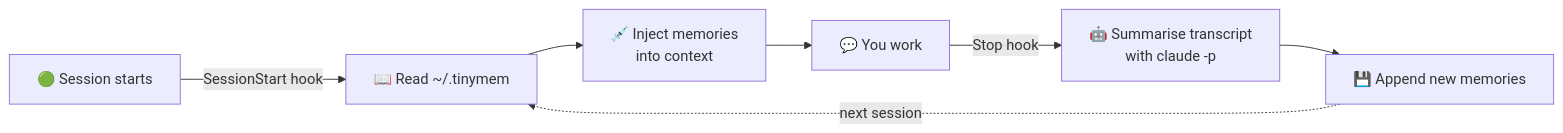
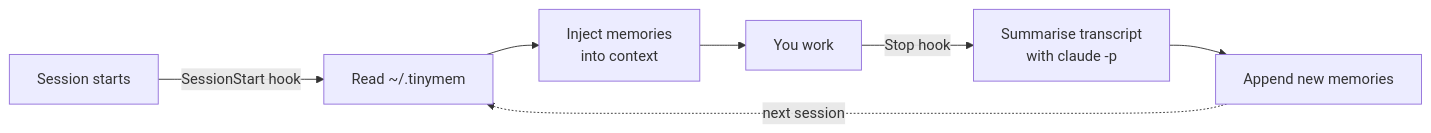
The diagram in README.md (varun642002/tinymem), drawn with Mermaid before and after one commit. The commit also changed other lines of this file, not shown here.

````diff
--- a/README.md
+++ b/README.md
@@ -106,9 +106,9 @@
 ```mermaid
 flowchart LR
-    A[🟢 Session starts] -->|SessionStart hook| B[📖 Read ~/.tinymem]
-    B --> C[💉 Inject memories<br/>into context]
-    C --> D[💬 You work]
-    D -->|Stop hook| E[🤖 Summarise transcript<br/>with claude -p]
-    E --> F[💾 Append new memories]
+    A[Session starts] -->|SessionStart hook| B[Read ~/.tinymem]
+    B --> C[Inject memories<br/>into context]
+    C --> D[You work]
+    D -->|Stop hook| E[Summarise transcript<br/>with claude -p]
+    E --> F[Append new memories]
     F -.->|next session| B
 ```
````
